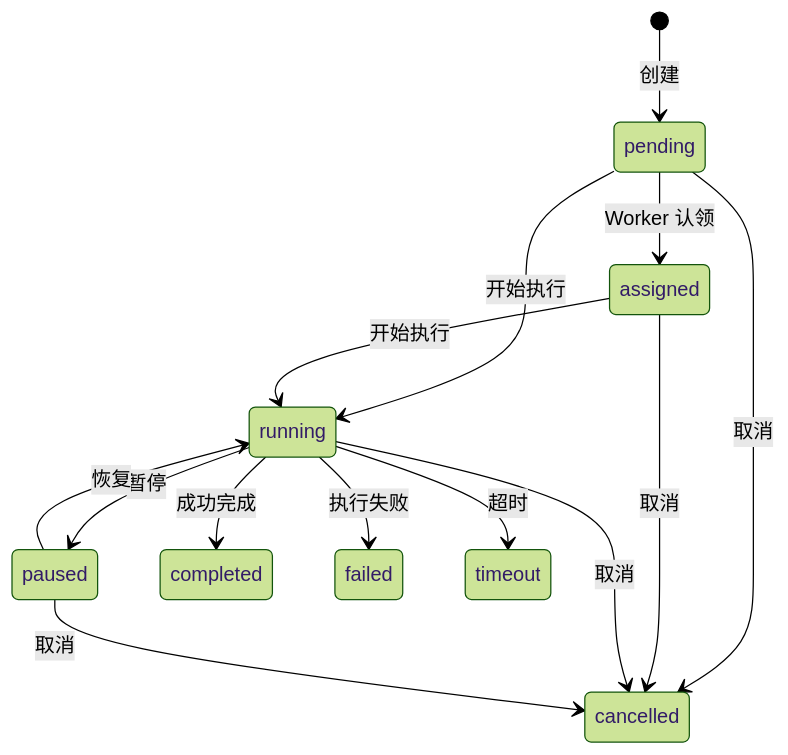
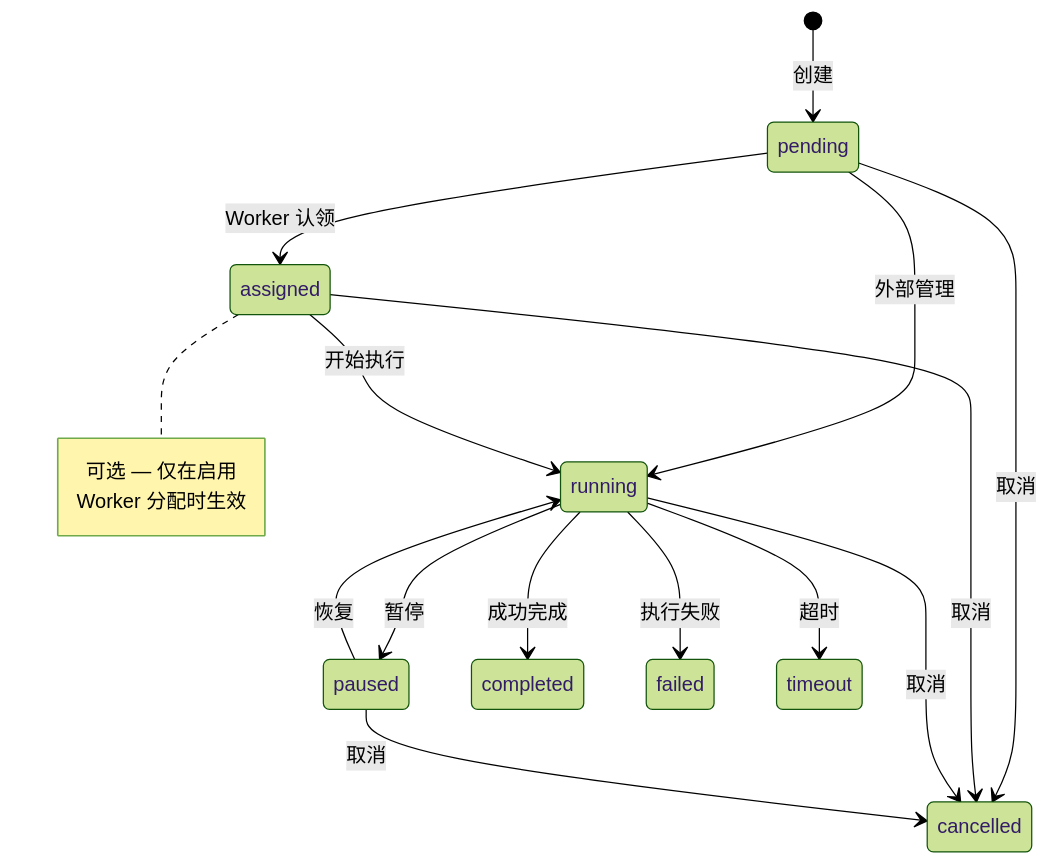
Before and after one commit to weightwave/taskcast: the second of 2 diagrams in README.zh.md, drawn with Mermaid (forest theme). The commit also changed 1 other file, not shown here.

Commit message:
docs: add dashed style for optional assigned state in lifecycle diagram
Mark the assigned state with dashed border and annotation to indicate
it's optional (only when worker assignment is enabled). Annotate
pending→running as externally managed.

````diff
--- a/README.zh.md
+++ b/README.zh.md
@@ -329,16 +329,21 @@
 ```mermaid
 stateDiagram-v2
+    classDef optional stroke-dasharray: 5 5,stroke:#999,color:#666
+
     [*] --> pending : 创建
     pending --> assigned : Worker 认领
-    pending --> running : 开始执行
+    pending --> running : 外部管理
     pending --> cancelled : 取消
     assigned --> running : 开始执行
     assigned --> cancelled : 取消
     running --> paused : 暂停
     running --> completed : 成功完成
     running --> failed : 执行失败
     running --> timeout : 超时
     running --> cancelled : 取消
     paused --> running : 恢复
     paused --> cancelled : 取消
+
+    assigned:::optional
+    note right of assigned : 可选 — 仅在启用<br/>Worker 分配时生效
 ```
````
